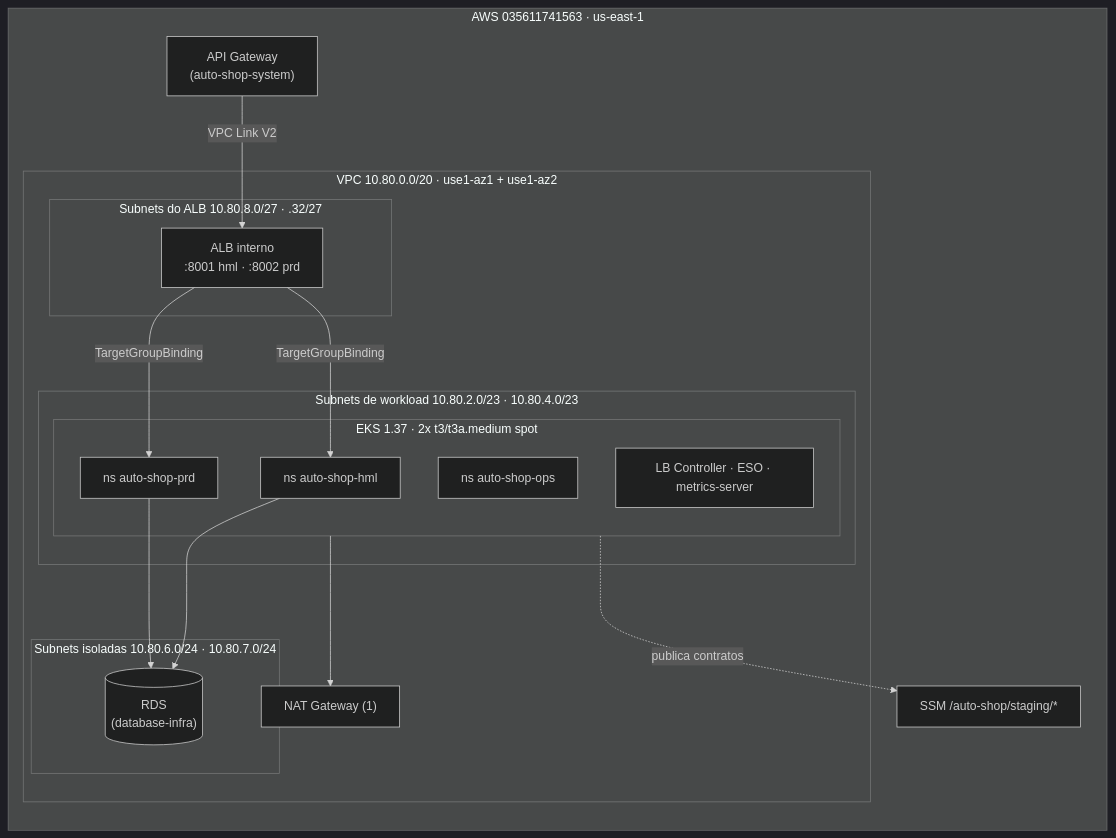
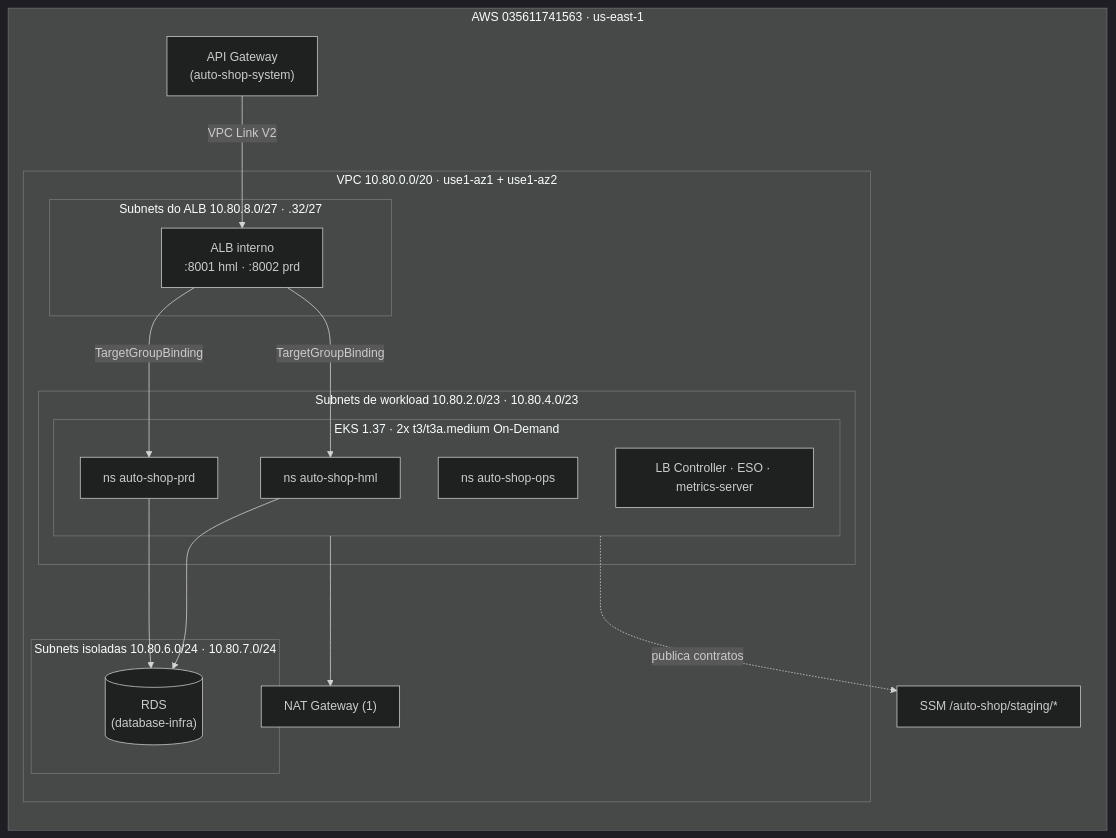
Before and after one commit to Software-Architecture-Group-7-FIAP/k8s-infra: the diagram in README.md, drawn with Mermaid (dark theme). The commit also changed other lines of this file and 2 other files, not shown here.

Commit message:
fix: use on-demand nodes for staging

````diff
--- a/README.md
+++ b/README.md
@@ -18,31 +18,31 @@
 ```mermaid
 flowchart LR
   subgraph AWS["AWS 035611741563 · us-east-1"]
     APIGW["API Gateway<br/>(auto-shop-system)"]
     subgraph VPC["VPC 10.80.0.0/20 · use1-az1 + use1-az2"]
       NAT["NAT Gateway (1)"]
       subgraph ALBSUB["Subnets do ALB 10.80.8.0/27 · .32/27"]
         ALB["ALB interno<br/>:8001 hml · :8002 prd"]
       end
       subgraph WL["Subnets de workload 10.80.2.0/23 · 10.80.4.0/23"]
-        subgraph EKS["EKS 1.37 · 2x t3/t3a.medium spot"]
+        subgraph EKS["EKS 1.37 · 2x t3/t3a.medium On-Demand"]
           HML["ns auto-shop-hml"]
           PRD["ns auto-shop-prd"]
           OPS["ns auto-shop-ops"]
           ADD["LB Controller · ESO · metrics-server"]
         end
       end
       subgraph ISO["Subnets isoladas 10.80.6.0/24 · 10.80.7.0/24"]
         RDS[("RDS<br/>(database-infra)")]
       end
     end
     SSM["SSM /auto-shop/staging/*"]
   end
   APIGW -->|VPC Link V2| ALB
   ALB -->|TargetGroupBinding| HML
   ALB -->|TargetGroupBinding| PRD
   HML --> RDS
   PRD --> RDS
   EKS --> NAT
   EKS -.publica contratos.-> SSM
 ```
````
